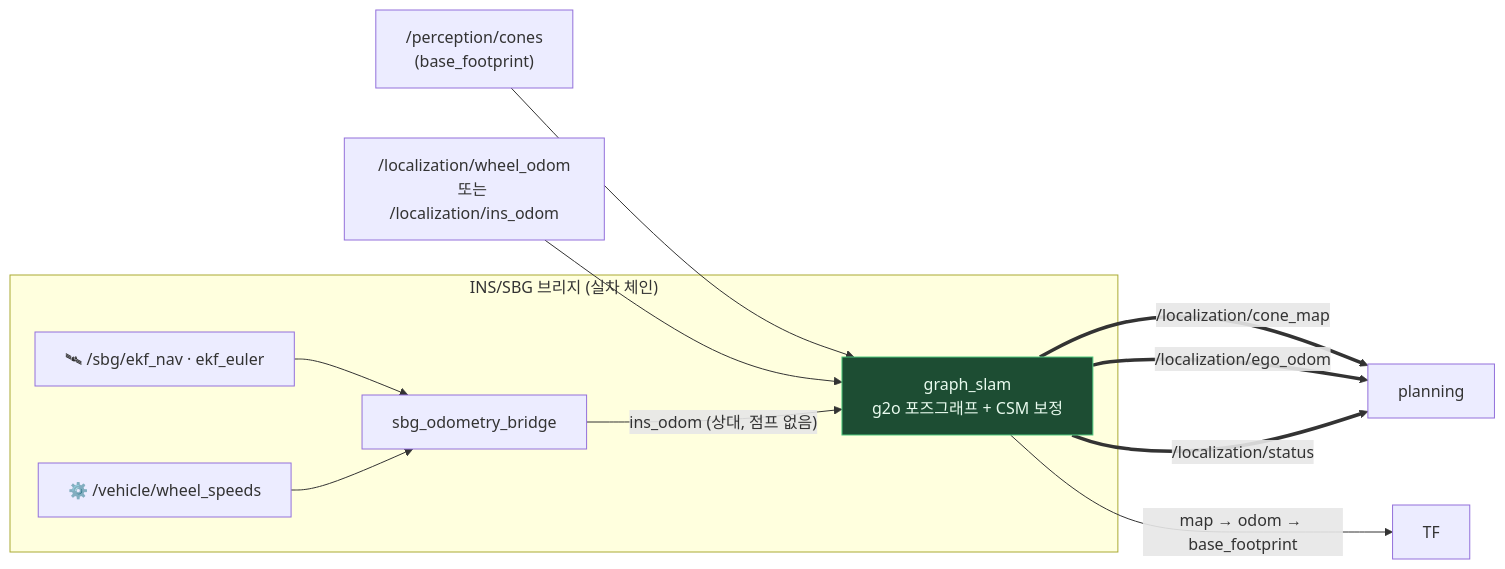
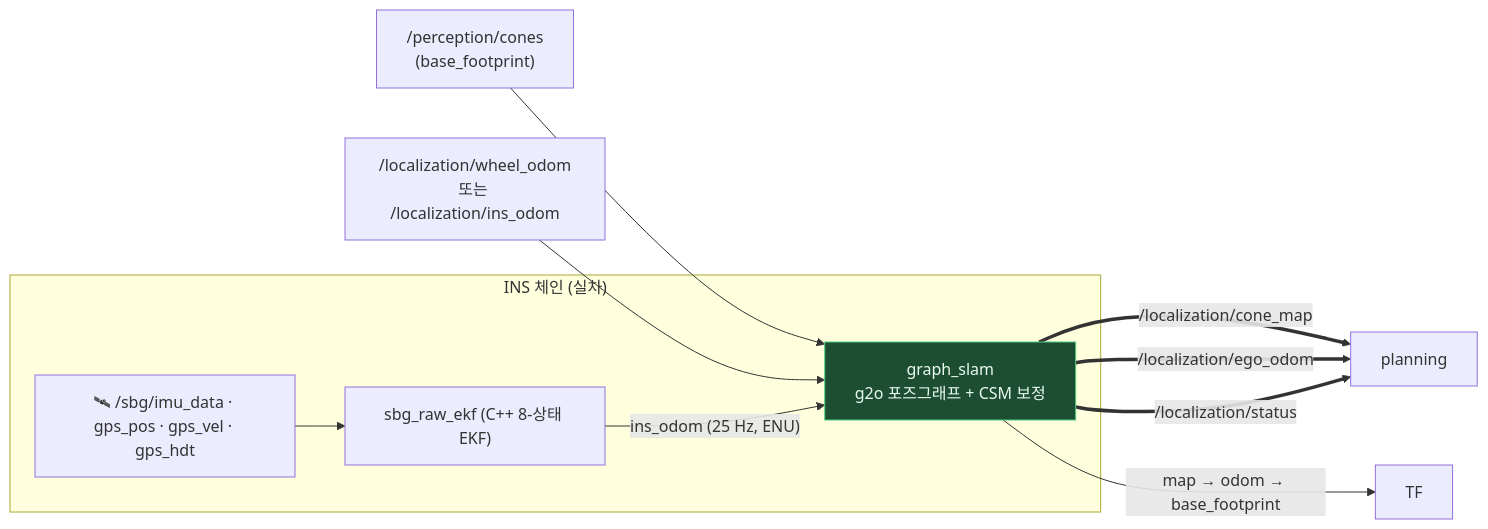
Before and after one commit to shchon11/HYU-Formula-Student: the diagram in localization/README.md, drawn with Mermaid. The commit also changed other lines of this file and 29 other files, not shown here.

First line of the commit message:
localization: sbg_raw_ekf replaces the SBG bridge, odometry at base_footprint

````diff
--- a/localization/README.md
+++ b/localization/README.md
@@ -6,19 +6,18 @@
 ```mermaid
 flowchart LR
     CONES["/perception/cones<br/>(base_footprint)"] --> GS
     ODOM["/localization/wheel_odom<br/>또는 /localization/ins_odom"] --> GS
 
-    subgraph BRIDGE["INS/SBG 브리지 (실차 체인)"]
-        SBG["🛰 /sbg/ekf_nav · ekf_euler"] --> BR["sbg_odometry_bridge"]
-        WS["⚙️ /vehicle/wheel_speeds"] --> BR
-        BR -->|"ins_odom (상대, 점프 없음)"| GS
+    subgraph BRIDGE["INS 체인 (실차)"]
+        SBG["🛰 /sbg/imu_data · gps_pos · gps_vel · gps_hdt"] --> BR["sbg_raw_ekf (C++ 8-상태 EKF)"]
+        BR -->|"ins_odom (25 Hz, ENU)"| GS
     end
 
     GS["graph_slam<br/>g2o 포즈그래프 + CSM 보정"]
     GS ==>|"/localization/cone_map"| P1["planning"]
     GS ==>|"/localization/ego_odom"| P1
     GS ==>|"/localization/status"| P1
     GS -->|"map → odom → base_footprint"| TF["TF"]
 
     style GS fill:#1d4d33,stroke:#4fca7f,color:#e9fbef
 ```
````
